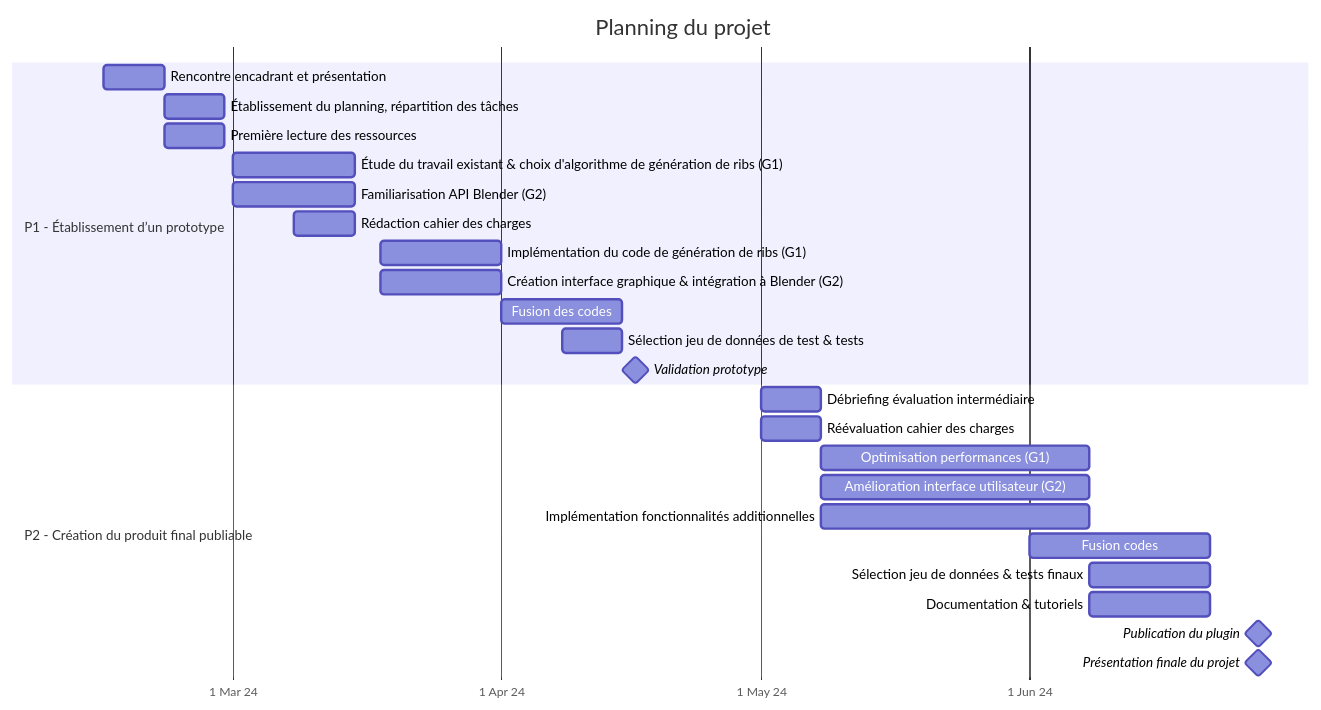
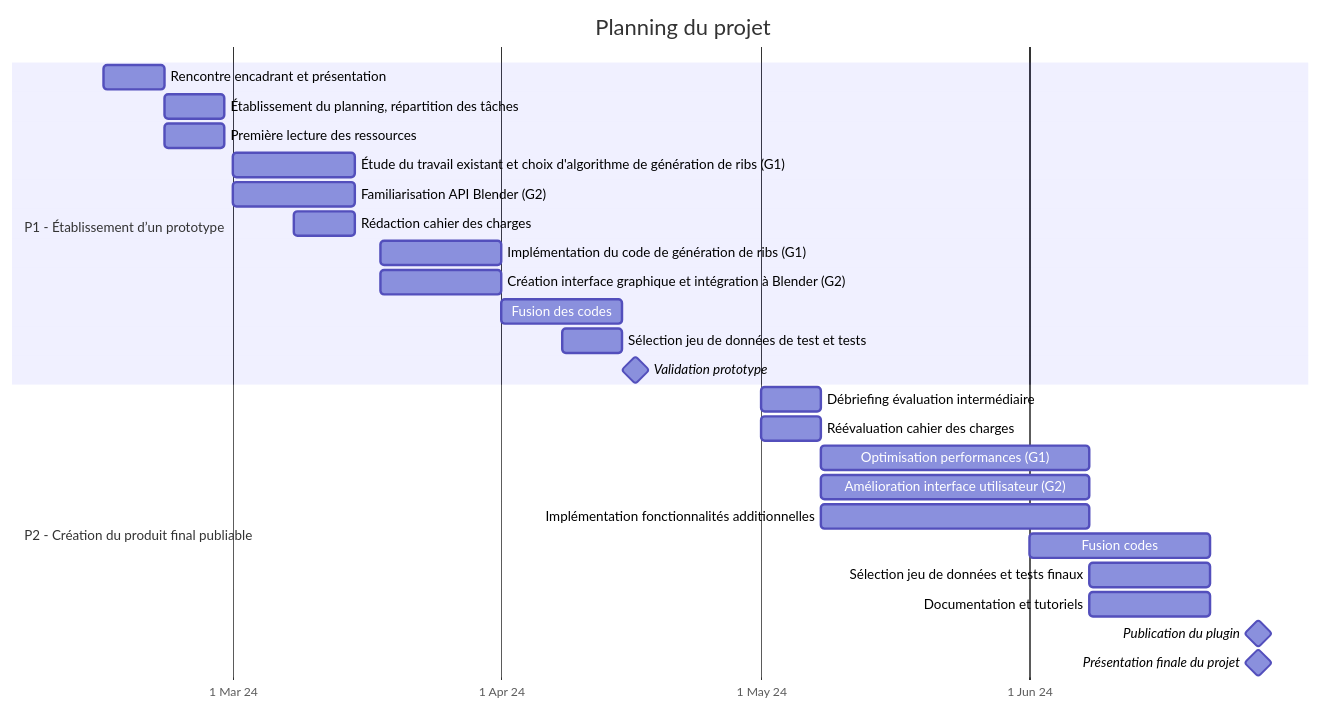
The diagram in PLANNING.md (AlexisSkynner/Spineloft), drawn with Mermaid before and after one commit.

````diff
--- a/PLANNING.md
+++ b/PLANNING.md
@@ -15,34 +15,34 @@
 ```mermaid
 gantt
 title Planning du projet
 dateFormat DD/MM/YYYY
 axisFormat %e %b %y
 tickInterval 1month
 weekday monday
 todayMarker off
 
 section P1 - Établissement d’un prototype
 Rencontre encadrant et présentation: 15/02/2024, 1w
 Établissement du planning, répartition des tâches: 22/02/2024, 1w
 Première lecture des ressources: 22/02/2024, 1w
-Étude du travail existant & choix d'algorithme de génération de ribs (G1) : 01/03/2024, 2w
+Étude du travail existant et choix d'algorithme de génération de ribs (G1) : 01/03/2024, 2w
 Familiarisation API Blender (G2): 01/03/2024, 2w
 Rédaction cahier des charges: 08/03/2024, 1w
 Implémentation du code de génération de ribs (G1): 18/03/2024, 2w
-Création interface graphique & intégration à Blender (G2): 18/03/2024, 2w
+Création interface graphique et intégration à Blender (G2): 18/03/2024, 2w
 Fusion des codes : 01/04/2024, 2w
-Sélection jeu de données de test & tests : 08/04/2024, 1w
+Sélection jeu de données de test et tests : 08/04/2024, 1w
 Validation prototype: milestone, 16/04/2024, 1d
 
 section P2 - Création du produit final publiable
 Débriefing évaluation intermédiaire: 01/05/2024, 1w
 Réévaluation cahier des charges: 01/05/2024, 1w
 Optimisation performances (G1): 08/05/2024, 1M
 Amélioration interface utilisateur (G2): 08/05/2024, 1M
 Implémentation fonctionnalités additionnelles: 08/05/2024, 1M
 Fusion codes : 01/06/2024, 3w
-Sélection jeu de données & tests finaux: 08/06/2024, 2w
-Documentation & tutoriels: 08/06/2024, 2w
+Sélection jeu de données et tests finaux: 08/06/2024, 2w
+Documentation et tutoriels: 08/06/2024, 2w
 Publication du plugin: milestone, 27/06/2024, 1d
 Présentation finale du projet: milestone, 27/06/2024, 1d
 ```
````
